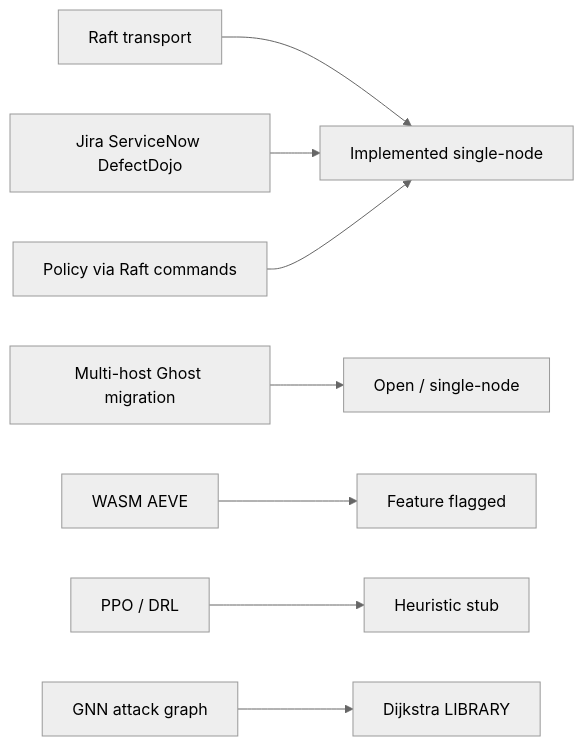
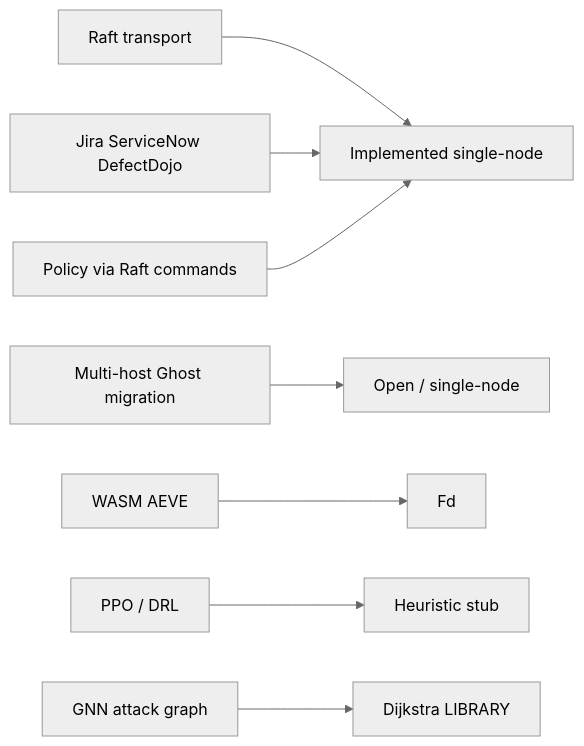
Before and after one commit to AviralGup7/Singularity-Zero: diagram 12 of 14 in docs/flowchart.md, drawn with Mermaid (neutral theme). The commit also changed other lines of this file and 1 other file, not shown here.

````diff
--- a/docs/flowchart.md
+++ b/docs/flowchart.md
@@ -415,10 +415,10 @@
 ```mermaid
 flowchart LR
     Raft["Raft transport"] --> Impl["Implemented single-node"]
     Tickets["Jira ServiceNow DefectDojo"] --> Impl
     Policy["Policy via Raft commands"] --> Impl
     Ghost["Multi-host Ghost migration"] --> Open["Open / single-node"]
-    WASM["WASM AEVE"] --> Flag["Feature flagged"]
+    WASM["WASM AEVE"] --> Flag["Fd"]
     PPO["PPO / DRL"] --> Heur["Heuristic stub"]
     GNN["GNN attack graph"] --> Dijk["Dijkstra LIBRARY"]
 ```
````
